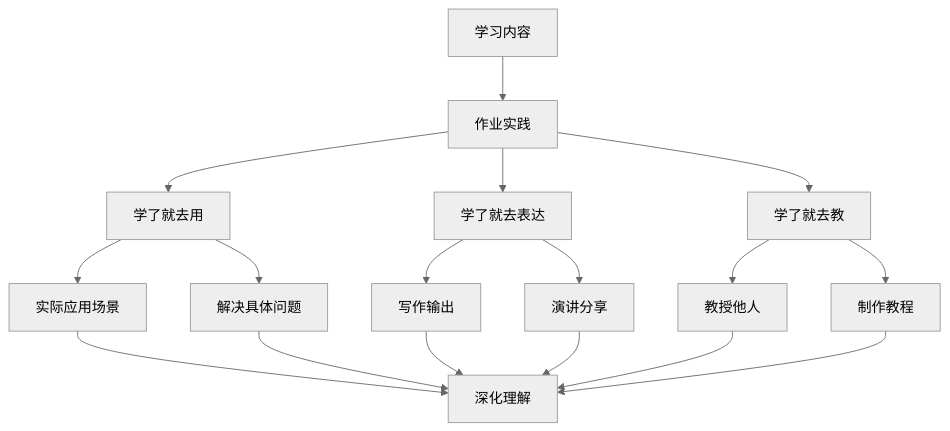
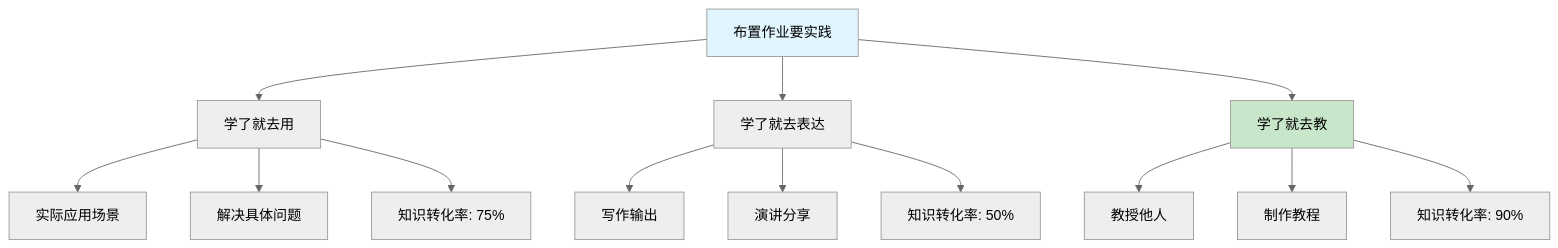
Before and after one commit to chongyang211/YCBookBlog: the eighth of 15 diagrams in 10.自我进阶提升书/01.自我思考和挑战/1.1学习的七大原则.md, drawn with Mermaid (neutral theme). The commit also changed other lines of this file and 13 other files, not shown here.

````diff
--- a/10.自我进阶提升书/01.自我思考和挑战/1.1学习的七大原则.md
+++ b/10.自我进阶提升书/01.自我思考和挑战/1.1学习的七大原则.md
@@ -142,23 +259,21 @@
 ```mermaid
 graph TD
-    A[学习内容] --> B[作业实践]
-    B --> C[学了就去用]
-    B --> D[学了就去表达]
-    B --> E[学了就去教]
+    A[布置作业要实践] --> B[学了就去用]
+    A --> C[学了就去表达]
+    A --> D[学了就去教]
     
-    C --> C1[实际应用场景]
-    C --> C2[解决具体问题]
+    B --> B1[实际应用场景]
+    B --> B2[解决具体问题]
+    B --> B3[知识转化率: 75%]
     
-    D --> D1[写作输出]
-    D --> D2[演讲分享]
+    C --> C1[写作输出]
+    C --> C2[演讲分享]
+    C --> C3[知识转化率: 50%]
     
-    E --> E1[教授他人]
-    E --> E2[制作教程]
+    D --> D1[教授他人]
+    D --> D2[制作教程]
+    D --> D3[知识转化率: 90%]
     
-    C1 --> F[深化理解]
-    C2 --> F
-    D1 --> F
-    D2 --> F
-    E1 --> F
-    E2 --> F
+    style A fill:#e1f5fe
+    style D fill:#c8e6c9
 ```
````
